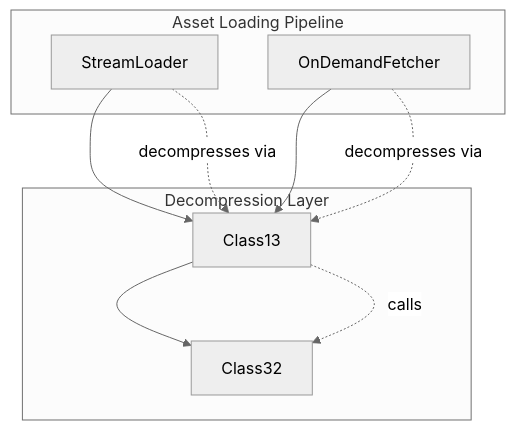
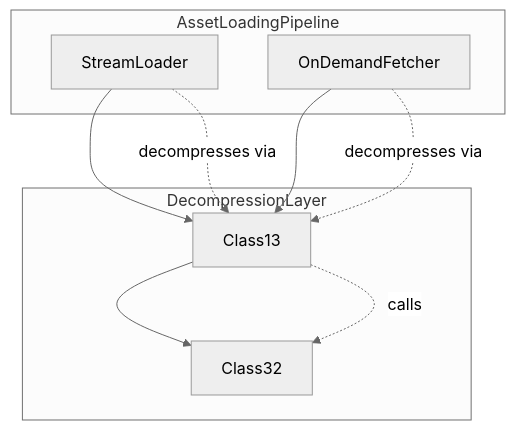
The diagram in bytecode/mapping/evidence/verified/Class13_HZTFWEML.md (daxxog/solmud), drawn with Mermaid (neutral theme) before and after one commit. The commit also changed 10 other files, not shown here.

````diff
--- a/bytecode/mapping/evidence/verified/Class13_HZTFWEML.md
+++ b/bytecode/mapping/evidence/verified/Class13_HZTFWEML.md
@@ -17,20 +17,20 @@
 ```mermaid
 graph TD
     Class13 --> Class32[Class32]
     StreamLoader --> Class13
     OnDemandFetcher --> Class13
     
-    subgraph "Asset Loading Pipeline"
+    subgraph AssetLoadingPipeline
         StreamLoader
         OnDemandFetcher
     end
     
-    subgraph "Decompression Layer"
+    subgraph DecompressionLayer
         Class13
         Class32
     end
     
     Class13 -.->|calls| Class32
     StreamLoader -.->|decompresses via| Class13
     OnDemandFetcher -.->|decompresses via| Class13
 ```
````
